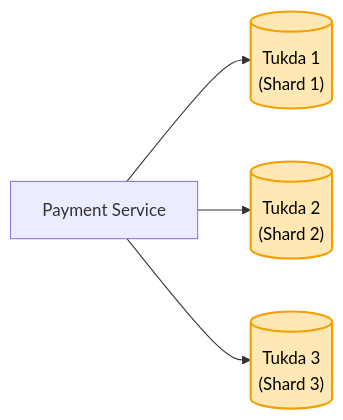
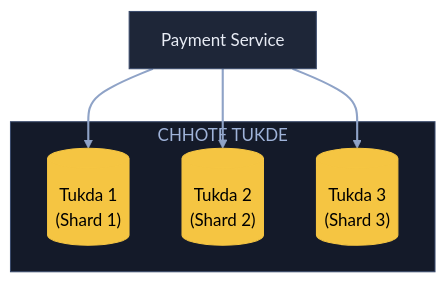
One commit to ArpanMaheshwari144/Prep changed the ninth of 11 diagrams in 04_HLD/SYSTEM_DESIGNS/06_payment_system/06_payment_system.md. Above: the diagram before and after it, drawn with Mermaid. The commit also changed other lines of this file, not shown here.

Commit message:
Payment: 11 diagram YouTube (reel) wale card andaaz me

````diff
--- a/04_HLD/SYSTEM_DESIGNS/06_payment_system/06_payment_system.md
+++ b/04_HLD/SYSTEM_DESIGNS/06_payment_system/06_payment_system.md
@@ -177,9 +262,18 @@
 ```mermaid
-flowchart LR
-    S["Payment Service"] --> T1[("Tukda 1<br/>(Shard 1)")]
-    S --> T2[("Tukda 2<br/>(Shard 2)")]
-    S --> T3[("Tukda 3<br/>(Shard 3)")]
-    style T1 fill:#ffe8b3,stroke:#f59f00,stroke-width:2px,color:#000
-    style T2 fill:#ffe8b3,stroke:#f59f00,stroke-width:2px,color:#000
-    style T3 fill:#ffe8b3,stroke:#f59f00,stroke-width:2px,color:#000
+flowchart TB
+    S["Payment Service"]:::card
+    subgraph CT["CHHOTE TUKDE"]
+        T1[("Tukda 1<br/>(Shard 1)")]:::pill
+        T2[("Tukda 2<br/>(Shard 2)")]:::pill
+        T3[("Tukda 3<br/>(Shard 3)")]:::pill
+    end
+    S --> T1
+    S --> T2
+    S --> T3
+    linkStyle default stroke:#8fa3c7,stroke-width:2px
+    classDef card fill:#1e2638,stroke:#3a4a6b,color:#e8ecf5
+    classDef pill fill:#f5c542,stroke:#f5c542,color:#000
+    classDef good fill:#2e7d4f,stroke:#3fbf6f,color:#fff
+    classDef bad fill:#5c1f24,stroke:#e05561,color:#fff
+    style CT fill:#141a29,stroke:#3a4a6b,color:#9fb3d9
 ```
````
